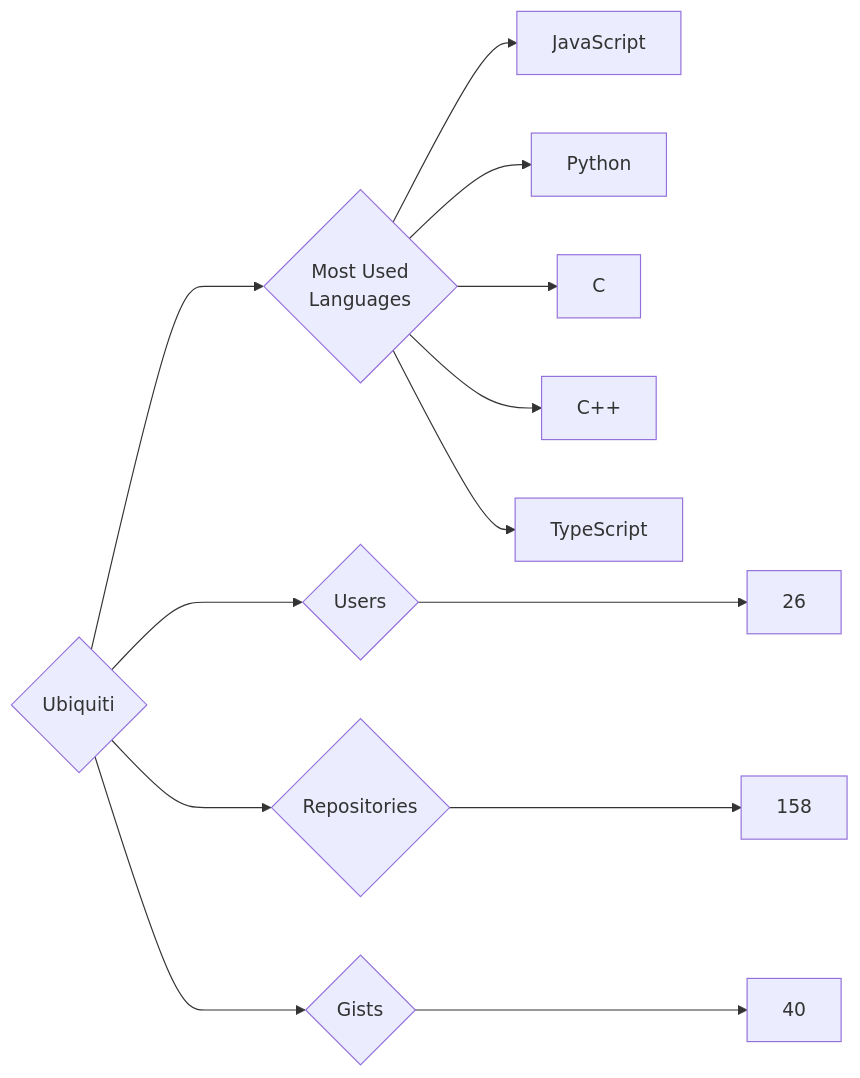
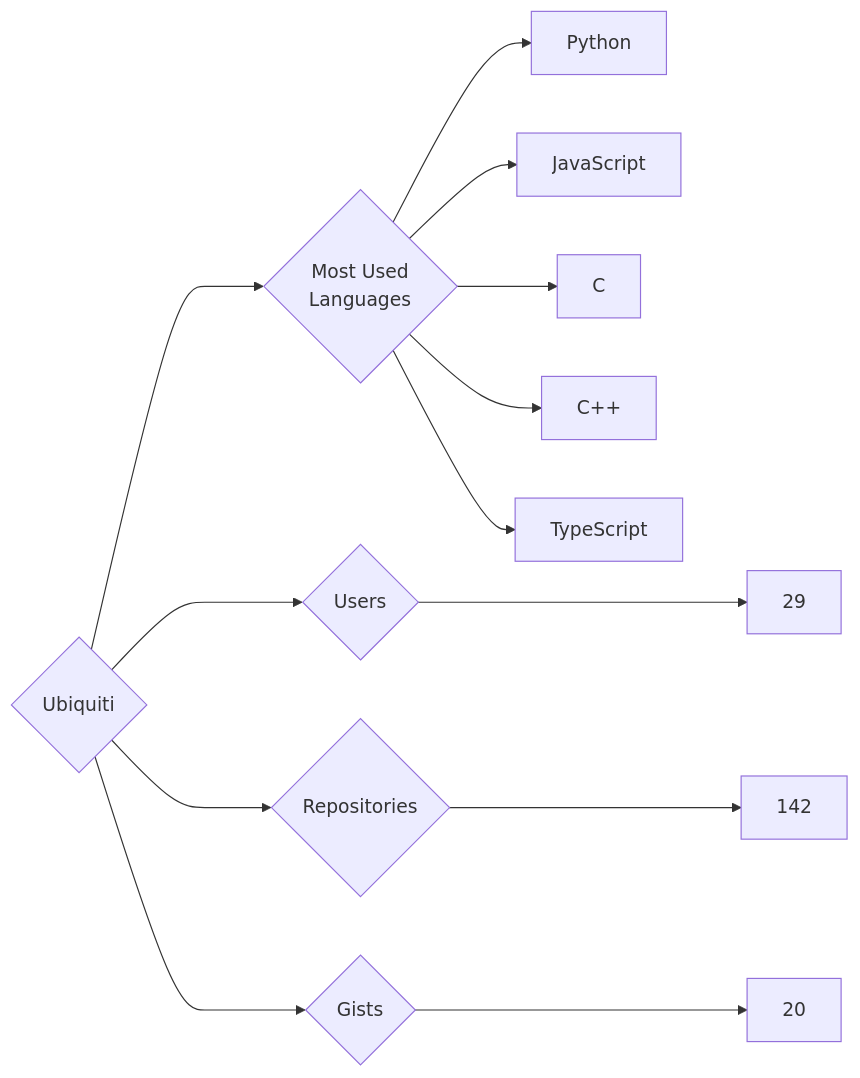
One commit to trickest/insiders changed the diagram in targets/Ubiquiti/README.md. Above: the diagram before and after it, drawn with Mermaid. The commit also changed 835 other files, not shown here.

````diff
--- a/targets/Ubiquiti/README.md
+++ b/targets/Ubiquiti/README.md
@@ -3,13 +3,13 @@
 ```mermaid
 graph LR
 COMPANY_NAME{Ubiquiti}
-COMPANY_NAME ---> U{Users} ---> UN[26]
-COMPANY_NAME ---> R{Repositories} ---> RN[158]
-COMPANY_NAME ---> G{Gists} ---> GN[40]
+COMPANY_NAME ---> U{Users} ---> UN[29]
+COMPANY_NAME ---> R{Repositories} ---> RN[142]
+COMPANY_NAME ---> G{Gists} ---> GN[20]
 COMPANY_NAME ---> ML{Most Used<br>Languages}
+ML --> Python[Python]
 ML --> JavaScript[JavaScript]
-ML --> Python[Python]
 ML --> C[C]
 ML --> C++[C++]
 ML --> TypeScript[TypeScript]
 ```
````
